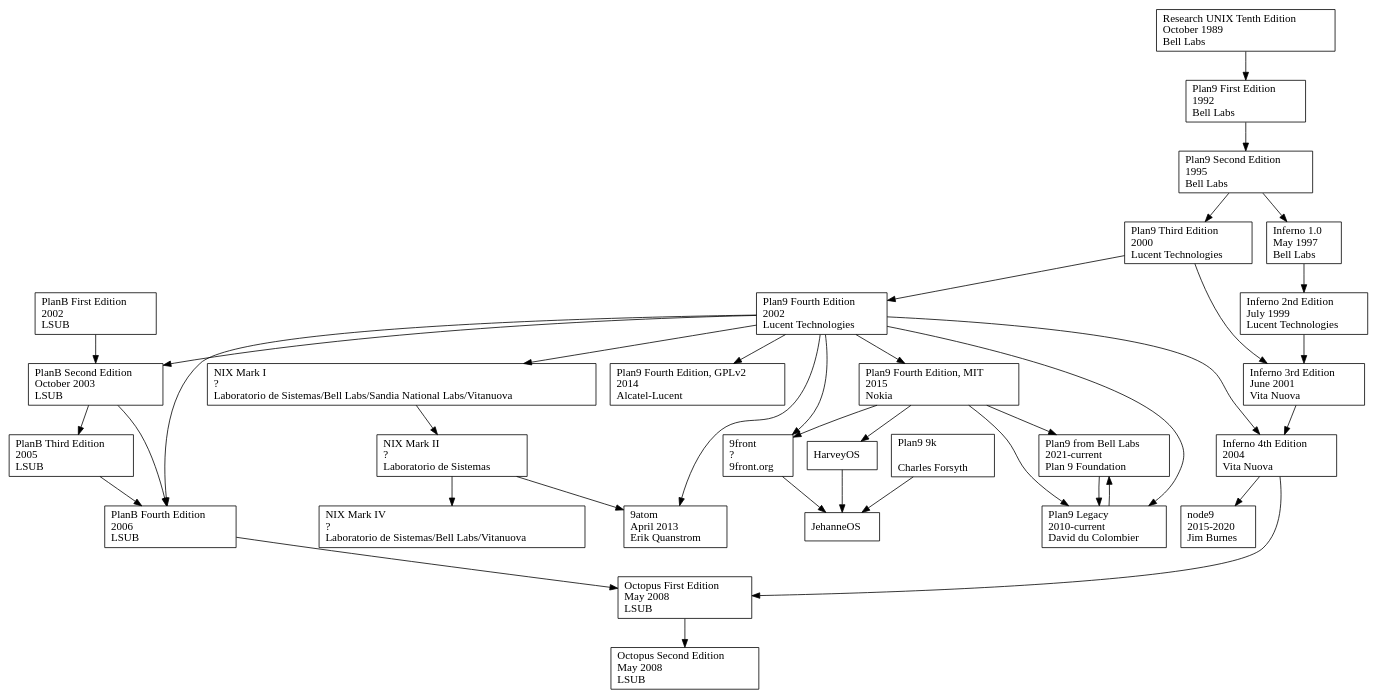
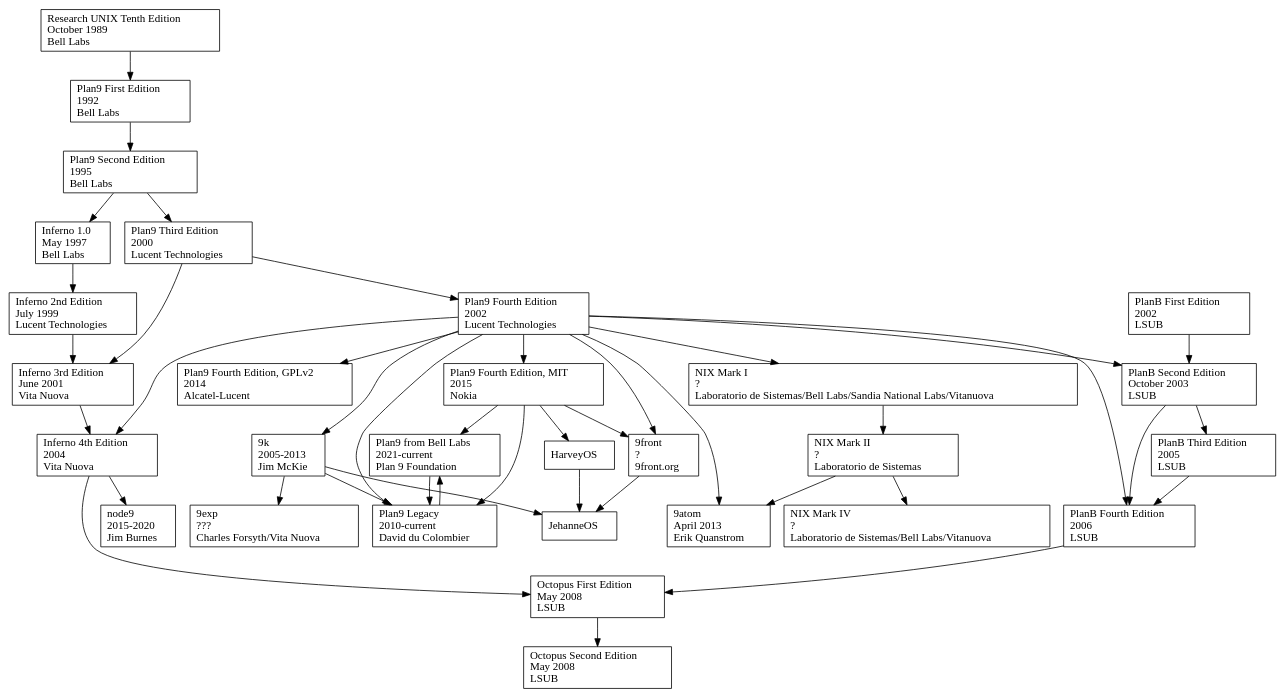
One commit to da4089/plan9-history changed the diagram in plan9.dot. Above: the diagram before and after it, drawn with Graphviz. The commit also changed 1 other file, not shown here.

```diff
--- a/plan9.dot
+++ b/plan9.dot
@@ -1,182 +1,191 @@
 digraph D {
 
         node [shape=record];
 
         // --------------------
         // Research UNIX
         // See various UNIX histories for details
         unix10ed [label="Research UNIX Tenth Edition\lOctober 1989\lBell Labs\l"]
 
 
         // --------------------
         // Plan 9 from Bell Labs
 
         p91ed [label="Plan9 First Edition\l1992\lBell Labs\l"]
         unix10ed      -> p91ed
 
         p92ed [label="Plan9 Second Edition\l1995\lBell Labs\l"]
         p91ed         -> p92ed
 
         p93ed [label="Plan9 Third Edition\l2000\lLucent Technologies\l"]
         p92ed         -> p93ed
 
         p94ed [label="Plan9 Fourth Edition\l2002\lLucent Technologies\l"]
         p93ed         -> p94ed
 
         p94ed_gpl [label="Plan9 Fourth Edition, GPLv2\l2014\lAlcatel-Lucent\l"]
         p94ed         -> p94ed_gpl
 
         p94ed_mit [label="Plan9 Fourth Edition, MIT\l2015\lNokia\l"]
         p94ed         -> p94ed_mit
 
         p9_io [label="Plan9 from Bell Labs\l2021-current\lPlan 9 Foundation\l"]
         p94ed_mit     -> p9_io
         p9legacy      -> p9_io  // FIXME: is this accurate?
 
 
         // --------------------
+        // 9k
+        // Jim McKie's 64bit port at Bell Labs
+
+        p9k [label="9k\l2005-2013\lJim McKie\l"]
+        p94ed         -> p9k
+
+
+        // --------------------
         // 9legacy
         // originally, a set of patches against sources @ Bell Labs, maintained by David du Colombier
         // now a full distrubtion, at 9legacy.org
 
         p9legacy [label="Plan9 Legacy\l2010-current\lDavid du Colombier\l"]
         p94ed         -> p9legacy
         p94ed_mit     -> p9legacy
         p9_io         -> p9legacy
+        p9k           -> p9legacy
+
+
+        // --------------------
+        // 9exp
+        // Charles Forsyth's 64 bit kernel
+        p9exp [label="9exp\l???\lCharles Forsyth/Vita Nuova\l"]
+        p9k           -> p9exp
 
 
         // --------------------
         // Inferno
 
         inferno1ed [label="Inferno 1.0\lMay 1997\lBell Labs\l"]
         p92ed         -> inferno1ed
 
         inferno2ed [label="Inferno 2nd Edition\lJuly 1999\lLucent Technologies\l"]
         inferno1ed    -> inferno2ed
 
         inferno3ed [label="Inferno 3rd Edition\lJune 2001\lVita Nuova\l"]
         inferno2ed    -> inferno3ed
         p93ed         -> inferno3ed
 
         inferno4ed [label="Inferno 4th Edition\l2004\lVita Nuova\l"]
         inferno3ed    -> inferno4ed
         p94ed         -> inferno4ed
 
 
         // --------------------
         // Plan B
         // nemo & co
 
         // nemo: not based on Plan9
         planb1ed [label="PlanB First Edition\l2002\lLSUB\l"]
 
         // nemo: based on 4th edition
         // 2nd edition user manaul (PostScript) has October 2003 date
         planb2ed [label="PlanB Second Edition\lOctober 2003\lLSUB\l"]
         planb1ed      -> planb2ed
         p94ed         -> planb2ed
 
         // 3rd ed user manual, GSYC-TR-2005-04
         planb3ed [label="PlanB Third Edition\l2005\lLSUB\l"]
         planb2ed      -> planb3ed
 
         // 4th ed user manual
         // 4th ed source at https://github.com/fjballest/planb
         planb4ed [label="PlanB Fourth Edition\l2006\lLSUB\l"]
         planb2ed      -> planb4ed
         planb3ed      -> planb4ed
         p94ed         -> planb4ed
 
 
         // --------------------
         // Octopus
         octopus1ed [label="Octopus First Edition\lMay 2008\lLSUB\l"]
         planb4ed      -> octopus1ed
         inferno4ed    -> octopus1ed
 
         // 2nd Edition
         octopus2ed [label="Octopus Second Edition\lMay 2008\lLSUB\l"]
         octopus1ed    -> octopus2ed
 
 
         // --------------------
         // NIX
 
         nixmk1 [label="NIX Mark I\l?\lLaboratorio de Sistemas/Bell Labs/Sandia National Labs/Vitanuova\l"]
         p94ed         -> nixmk1
 
         nixmk2 [label="NIX Mark II\l?\lLaboratorio de Sistemas\l"]
         nixmk1        -> nixmk2
 
         nixmk4 [label="NIX Mark IV\l?\lLaboratorio de Sistemas/Bell Labs/Vitanuova\l"]
         nixmk2        -> nixmk4
 
 
         // --------------------
         // 9atom
 
         p9atom [label="9atom\lApril 2013\lErik Quanstrom\l"]
         nixmk2        -> p9atom
         p94ed         -> p9atom
 
 
         // --------------------
         // 9front
 
         p9front [label="9front\l?\l9front.org\l"]
         p94ed         -> p9front
         p94ed_mit     -> p9front
 
 
         // --------------------
         // node9
 
         node9 [label="node9\l2015-2020\lJim Burnes\l"]
         inferno4ed    -> node9
 
 
         // --------------------
         // Inferno for Sheevaplug (Marvell Kirkwood)
         // https://github.com/mjl-/inferno-kirkwood
 
         //inferno_kirkwood [label="Inferno for Kirkwood\l2010\lMechiel Lukkien\l"]
         //inferno4ed    -> inferno_kirkwood
 
 
         // --------------------
         // Inferno for Nintendo DS
 
         //inferno_ds [label="Inferno for Nintendo DS\l2010\lMechiel Lukkien/Noah Evans/Salva Peiró\l"]
         //inferno4ed    -> inferno_ds
 
 
         // --------------------
         // Inferno for the Openmoko 1973/FreeRunner phone
         // https://github.com/Plan9-Archive/inferno-openmoko
 
         //inferno_openmoko [label="Inferno for Openmoko\l2009\lUnknown\l"]
         //inferno4ed    -> inferno_openmoko
 
 
         // --------------------
-        // 9k
-        // Charles Forsyth's 64bit port
-
-        p9_9k [label="Plan9 9k\l\lCharles Forsyth\l"]
-
-
-        // --------------------
         // Harvey
 
         harvey [label="HarveyOS\l"]
         p94ed_mit     -> harvey
 
 
         // --------------------
         // Jehanne
 
         jehanne [label="JehanneOS\l"]
         p9front       -> jehanne
         harvey        -> jehanne
-        p9_9k         -> jehanne
+        p9k           -> jehanne
 }
```
